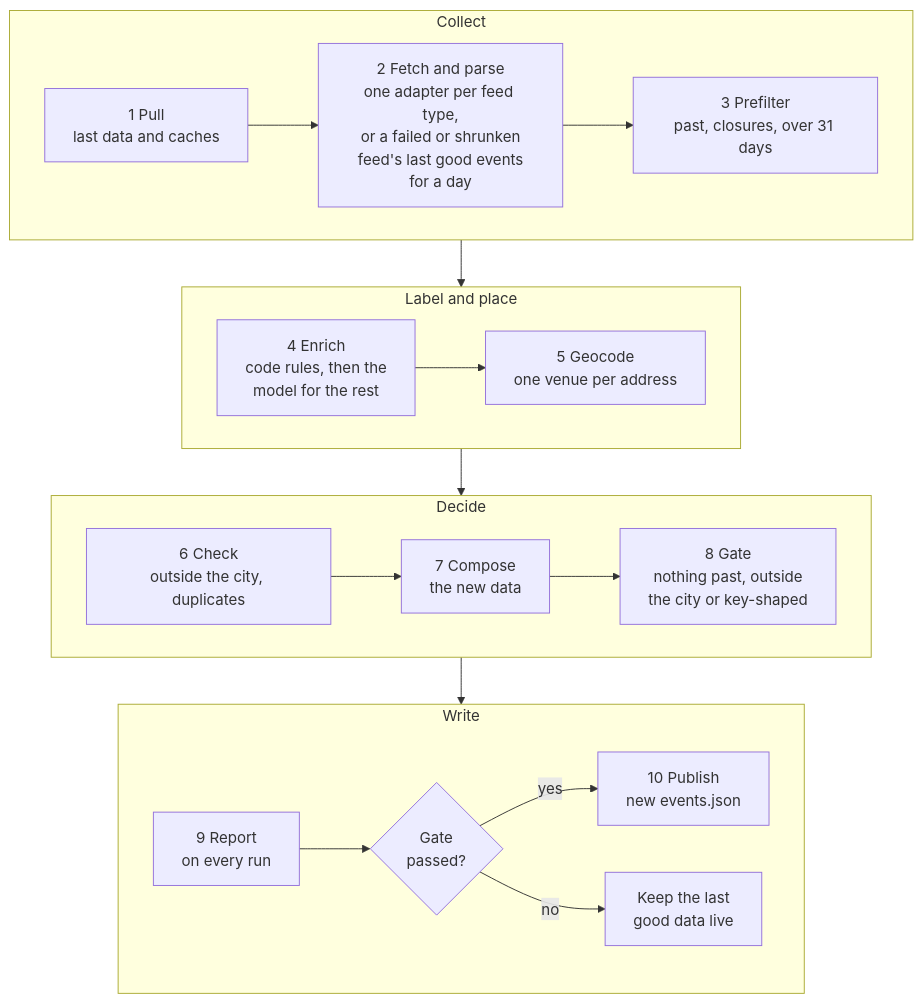
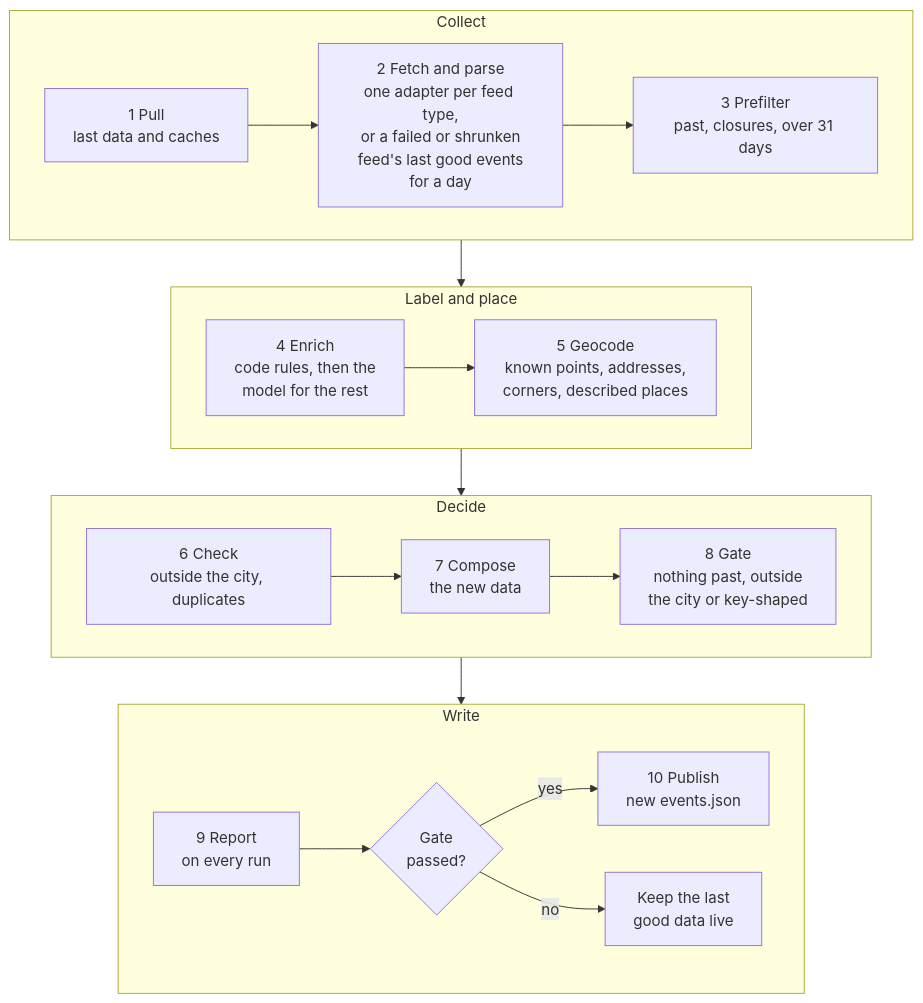
One commit to taneta/jcmaps changed the second of 2 diagrams in docs/how-it-works.md. Above: the diagram before and after it, drawn with Mermaid. The commit also changed 6 other files, not shown here.

Commit message:
Corners are placed where their streets meet, and an unplaced venue gets one try with the listing's own words (#83)

````diff
--- a/docs/how-it-works.md
+++ b/docs/how-it-works.md
@@ -46,25 +46,25 @@
 ```mermaid
 flowchart TB
     %% Mirrors build() in pipeline/cli.py. Update it when a stage is added, removed or reordered.
     subgraph collect ["Collect"]
         direction LR
         pull["1 Pull<br/>last data and caches"] --> fetch["2 Fetch and parse<br/>one adapter per feed type,<br/>or a failed or shrunken<br/>feed's last good events<br/>for a day"]
         fetch --> prefilter["3 Prefilter<br/>past, closures, over 31 days"]
     end
     subgraph enrichplace ["Label and place"]
         direction LR
-        enrich["4 Enrich<br/>code rules, then the<br/>model for the rest"] --> geocode["5 Geocode<br/>one venue per address"]
+        enrich["4 Enrich<br/>code rules, then the<br/>model for the rest"] --> geocode["5 Geocode<br/>known points, addresses,<br/>corners, described places"]
     end
     subgraph decide ["Decide"]
         direction LR
         check["6 Check<br/>outside the city, duplicates"] --> compose["7 Compose<br/>the new data"]
         compose --> gate["8 Gate<br/>nothing past, outside<br/>the city or key-shaped"]
     end
     subgraph write ["Write"]
         direction LR
         report["9 Report<br/>on every run"] --> passed{"Gate<br/>passed?"}
         passed -->|yes| publish["10 Publish<br/>new events.json"]
         passed -->|no| keep["Keep the last<br/>good data live"]
     end
     collect --> enrichplace --> decide --> write
 ```
````
